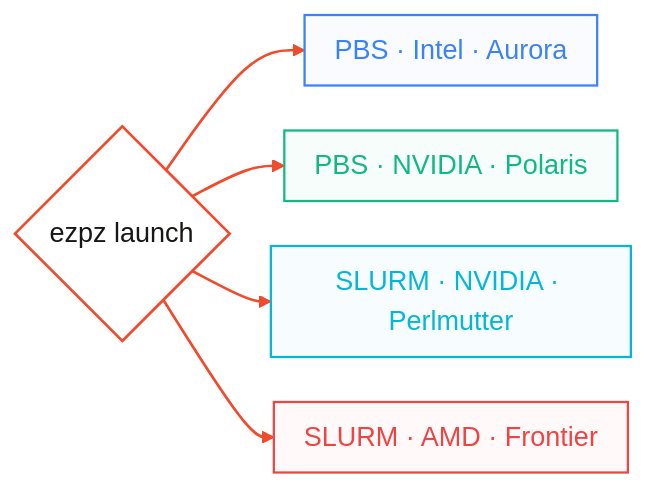
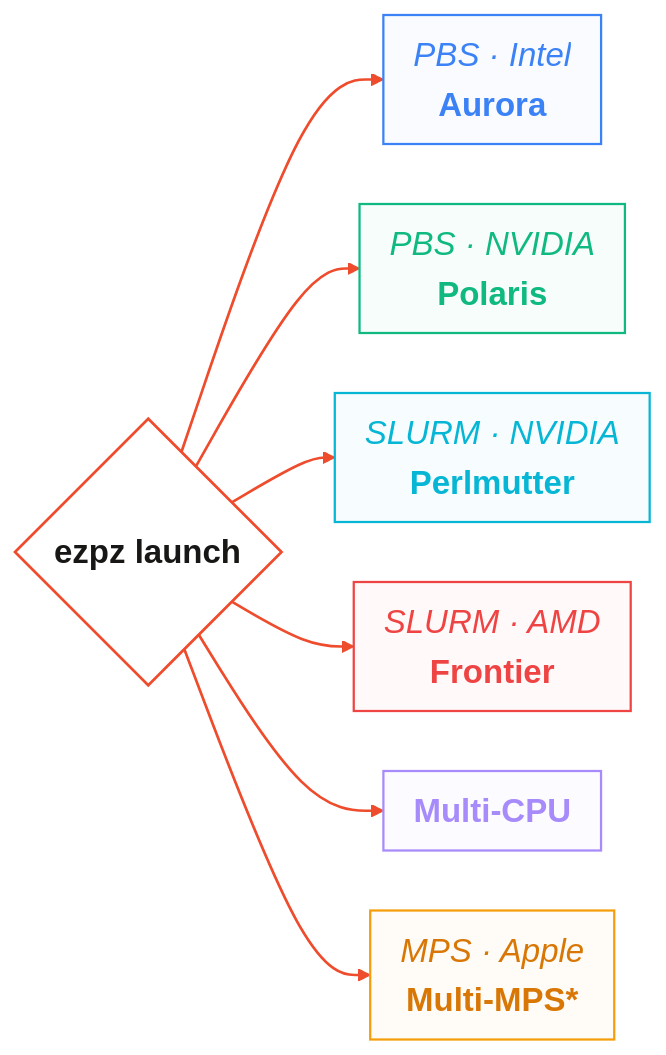
Before and after one commit to saforem2/samf.sh: the first of 5 diagrams in web/src/pages/talks/2026/10/30/index.mdx, drawn with Mermaid. The commit also changed other lines of this file and 10 other files, not shown here.

First line of the commit message:
Polish DEPEND deck (charts + voice + mermaid) (#58)

````diff
--- a/web/src/pages/talks/2026/10/30/index.mdx
+++ b/web/src/pages/talks/2026/10/30/index.mdx
@@ -336,20 +361,27 @@
 ```mermaid
-%%{init: {'themeVariables': {'fontSize': '18px'}, 'flowchart': {'nodeSpacing': 30, 'rankSpacing': 28, 'padding': 10}}}%%
+%%{init: {'themeVariables': {'fontSize': '22px'}, 'flowchart': {'nodeSpacing': 40, 'rankSpacing': 36, 'padding': 10}}}%%
 flowchart LR
-    EZ{"ezpz launch"}
-    EZ --> AURORA["PBS · Intel · Aurora"]
-    EZ --> POLARIS["PBS · NVIDIA · Polaris"]
-    EZ --> PM["SLURM · NVIDIA · Perlmutter"]
-    EZ --> FRONTIER["SLURM · AMD · Frontier"]
-    classDef hub fill:none,stroke:#ee4c2c,color:#181716,stroke-width:1.8px
+    EZ{"<span style='font-weight:700'>ezpz launch</span>"}
+    EZ --> AURORA["<i>PBS · Intel</i><br/><span style='font-weight:700'>Aurora</span>"]
+    EZ --> POLARIS["<i>PBS · NVIDIA</i><br/><span style='font-weight:700'>Polaris</span>"]
+    EZ --> PM["<i>SLURM · NVIDIA</i><br/><span style='font-weight:700'>Perlmutter</span>"]
+    EZ --> FRONTIER["<i>SLURM · AMD</i><br/><span style='font-weight:700'>Frontier</span>"]
+    EZ --> MAC["<span style='font-weight:700'>Multi-CPU</span>"]
+    EZ --> MPS["<i>MPS · Apple</i><br/><span style='font-weight:700'>Multi-MPS*</span>"]
+
+    classDef hub        fill:none,stroke:#ee4c2c,color:#181716,stroke-width:1.8px
     linkStyle default stroke:#ee4c2c,stroke-width:1.8px
-    classDef aurora fill:#3b82f608,stroke:#3b82f6,color:#3b82f6,stroke-width:1.5px
-    classDef polaris fill:#10b98108,stroke:#10b981,color:#10b981,stroke-width:1.5px
+    classDef aurora     fill:#3b82f608,stroke:#3b82f6,color:#3b82f6,stroke-width:1.5px
+    classDef polaris    fill:#10b98108,stroke:#10b981,color:#10b981,stroke-width:1.5px
     classDef perlmutter fill:#06b6d408,stroke:#06b6d4,color:#06b6d4,stroke-width:1.5px
-    classDef frontier fill:#ef444408,stroke:#ef4444,color:#ef4444,stroke-width:1.5px
+    classDef frontier   fill:#ef444408,stroke:#ef4444,color:#ef4444,stroke-width:1.5px
+    classDef mac        fill:#a78bfa08,stroke:#a78bfa,color:#a78bfa,stroke-width:1.5px
+    classDef mps        fill:#f59e0b08,stroke:#f59e0b,color:#d97706,stroke-width:1.5px
     class EZ hub
     class AURORA aurora
     class POLARIS polaris
     class PM perlmutter
     class FRONTIER frontier
+    class MAC mac
+    class MPS mps
 ```
````
